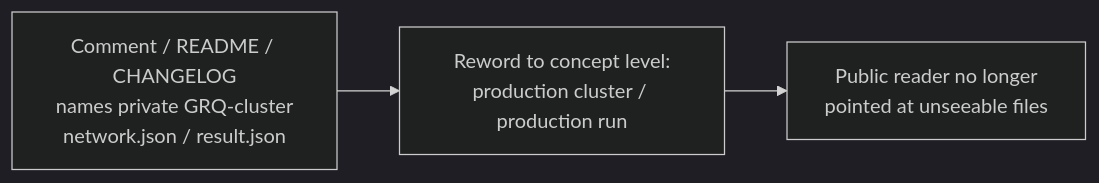
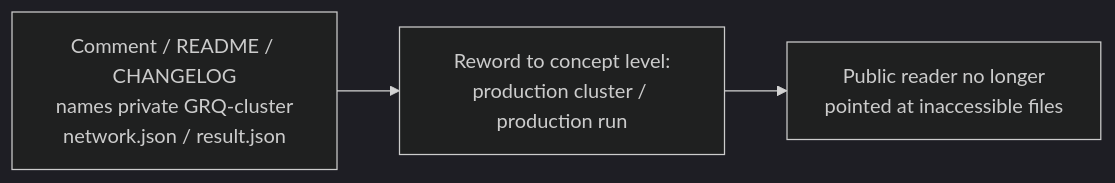
The diagram in docs/archive/pr-summaries/pr-summary-3456.md (stSoftwareAU/NEAT-AI), drawn with Mermaid (dark theme) before and after one commit.

Commit message:
Fix spelling: replace 'unseeable' with 'inaccessible' (PR #3480)
The word 'unseeable' is not a valid English word. Replaced it with
'inaccessible' which correctly describes files that cannot be accessed
by the public reader.

Vibe-Coder-Run-Id: vibe-ms0yjtyq-3ed11d

````diff
--- a/docs/archive/pr-summaries/pr-summary-3456.md
+++ b/docs/archive/pr-summaries/pr-summary-3456.md
@@ -57,6 +57,6 @@
 ```mermaid
 flowchart LR
     A["Comment / README / CHANGELOG<br/>names private GRQ-cluster<br/>network.json / result.json"]
     A --> B["Reword to concept level:<br/>production cluster / production run"]
-    B --> C["Public reader no longer<br/>pointed at unseeable files"]
+    B --> C["Public reader no longer<br/>pointed at inaccessible files"]
 ```
````
